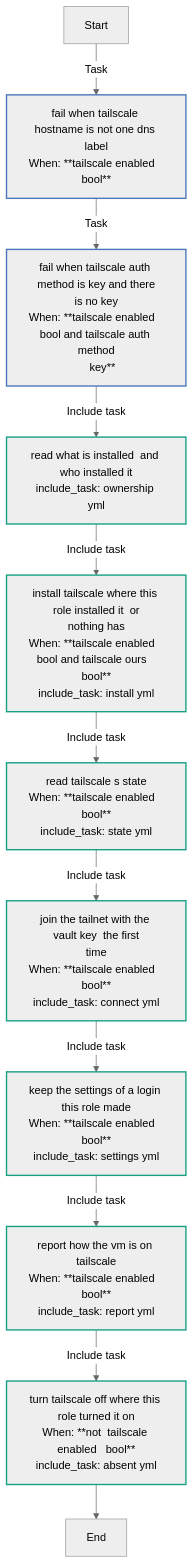
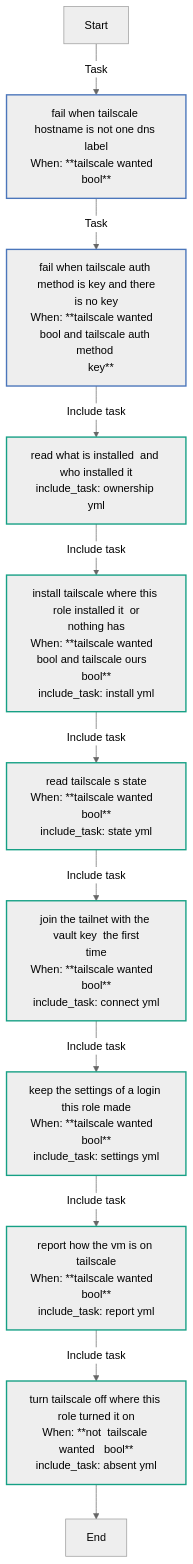
Before and after one commit to kawadeomkar/agent-warehouse: the first of 13 diagrams in docs/reference/roles/tailscale.md, drawn with Mermaid (neutral theme). The commit also changed other lines of this file and 32 other files, not shown here.

````diff
--- a/docs/reference/roles/tailscale.md
+++ b/docs/reference/roles/tailscale.md
@@ -191,23 +193,23 @@
 ```mermaid
 flowchart TD
 Start
 classDef block stroke:#3498db,stroke-width:2px;
 classDef task stroke:#4b76bb,stroke-width:2px;
 classDef includeTasks stroke:#16a085,stroke-width:2px;
 classDef importTasks stroke:#34495e,stroke-width:2px;
 classDef includeRole stroke:#2980b9,stroke-width:2px;
 classDef importRole stroke:#699ba7,stroke-width:2px;
 classDef includeVars stroke:#8e44ad,stroke-width:2px;
 classDef rescue stroke:#665352,stroke-width:2px;
 
-  Start-->|Task| Fail_when_tailscale_hostname_is_not_one_DNS_label0[fail when tailscale hostname is not one dns label<br>When: **tailscale enabled   bool**]:::task
-  Fail_when_tailscale_hostname_is_not_one_DNS_label0-->|Task| Fail_when_tailscale_auth_method_is_key_and_there_is_no_key1[fail when tailscale auth method is key and there<br>is no key<br>When: **tailscale enabled   bool and tailscale auth method<br>    key**]:::task
+  Start-->|Task| Fail_when_tailscale_hostname_is_not_one_DNS_label0[fail when tailscale hostname is not one dns label<br>When: **tailscale wanted   bool**]:::task
+  Fail_when_tailscale_hostname_is_not_one_DNS_label0-->|Task| Fail_when_tailscale_auth_method_is_key_and_there_is_no_key1[fail when tailscale auth method is key and there<br>is no key<br>When: **tailscale wanted   bool and tailscale auth method <br>   key**]:::task
   Fail_when_tailscale_auth_method_is_key_and_there_is_no_key1-->|Include task| Read_what_is_installed__and_who_installed_it_ownership_yml_2[read what is installed  and who installed it<br>include_task: ownership yml]:::includeTasks
-  Read_what_is_installed__and_who_installed_it_ownership_yml_2-->|Include task| Install_Tailscale_where_this_role_installed_it__or_nothing_has_install_yml_3[install tailscale where this role installed it  or<br>nothing has<br>When: **tailscale enabled   bool and tailscale ours   bool**<br>include_task: install yml]:::includeTasks
-  Install_Tailscale_where_this_role_installed_it__or_nothing_has_install_yml_3-->|Include task| Read_Tailscale_s_state_state_yml_4[read tailscale s state<br>When: **tailscale enabled   bool**<br>include_task: state yml]:::includeTasks
-  Read_Tailscale_s_state_state_yml_4-->|Include task| Join_the_tailnet_with_the_vault_key__the_first_time_connect_yml_5[join the tailnet with the vault key  the first<br>time<br>When: **tailscale enabled   bool**<br>include_task: connect yml]:::includeTasks
-  Join_the_tailnet_with_the_vault_key__the_first_time_connect_yml_5-->|Include task| Keep_the_settings_of_a_login_this_role_made_settings_yml_6[keep the settings of a login this role made<br>When: **tailscale enabled   bool**<br>include_task: settings yml]:::includeTasks
-  Keep_the_settings_of_a_login_this_role_made_settings_yml_6-->|Include task| Report_how_the_VM_is_on_Tailscale_report_yml_7[report how the vm is on tailscale<br>When: **tailscale enabled   bool**<br>include_task: report yml]:::includeTasks
-  Report_how_the_VM_is_on_Tailscale_report_yml_7-->|Include task| Turn_Tailscale_off_where_this_role_turned_it_on_absent_yml_8[turn tailscale off where this role turned it on<br>When: **not  tailscale enabled   bool**<br>include_task: absent yml]:::includeTasks
+  Read_what_is_installed__and_who_installed_it_ownership_yml_2-->|Include task| Install_Tailscale_where_this_role_installed_it__or_nothing_has_install_yml_3[install tailscale where this role installed it  or<br>nothing has<br>When: **tailscale wanted   bool and tailscale ours   bool**<br>include_task: install yml]:::includeTasks
+  Install_Tailscale_where_this_role_installed_it__or_nothing_has_install_yml_3-->|Include task| Read_Tailscale_s_state_state_yml_4[read tailscale s state<br>When: **tailscale wanted   bool**<br>include_task: state yml]:::includeTasks
+  Read_Tailscale_s_state_state_yml_4-->|Include task| Join_the_tailnet_with_the_vault_key__the_first_time_connect_yml_5[join the tailnet with the vault key  the first<br>time<br>When: **tailscale wanted   bool**<br>include_task: connect yml]:::includeTasks
+  Join_the_tailnet_with_the_vault_key__the_first_time_connect_yml_5-->|Include task| Keep_the_settings_of_a_login_this_role_made_settings_yml_6[keep the settings of a login this role made<br>When: **tailscale wanted   bool**<br>include_task: settings yml]:::includeTasks
+  Keep_the_settings_of_a_login_this_role_made_settings_yml_6-->|Include task| Report_how_the_VM_is_on_Tailscale_report_yml_7[report how the vm is on tailscale<br>When: **tailscale wanted   bool**<br>include_task: report yml]:::includeTasks
+  Report_how_the_VM_is_on_Tailscale_report_yml_7-->|Include task| Turn_Tailscale_off_where_this_role_turned_it_on_absent_yml_8[turn tailscale off where this role turned it on<br>When: **not  tailscale wanted   bool**<br>include_task: absent yml]:::includeTasks
   Turn_Tailscale_off_where_this_role_turned_it_on_absent_yml_8-->End
 ```
````
